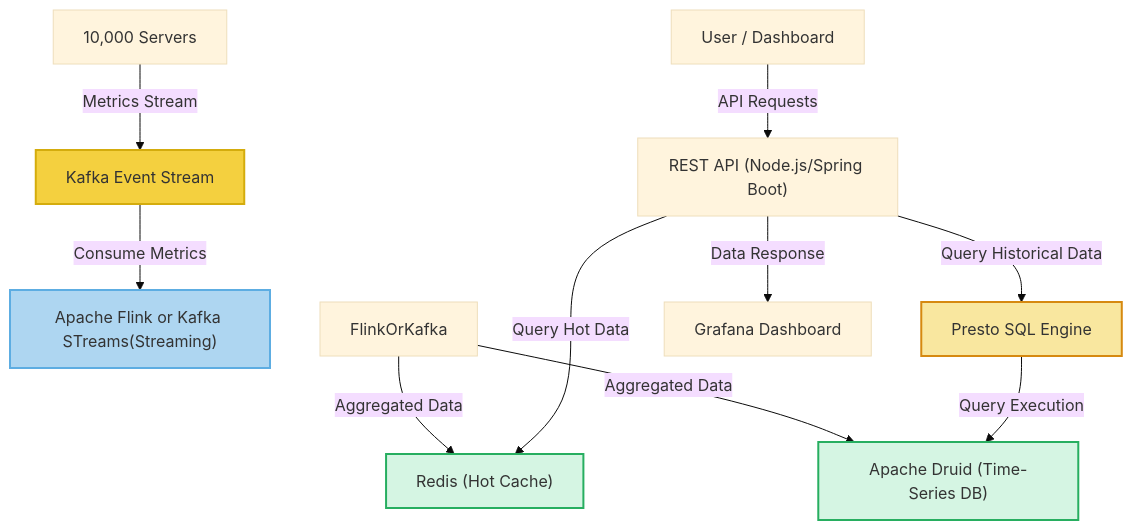
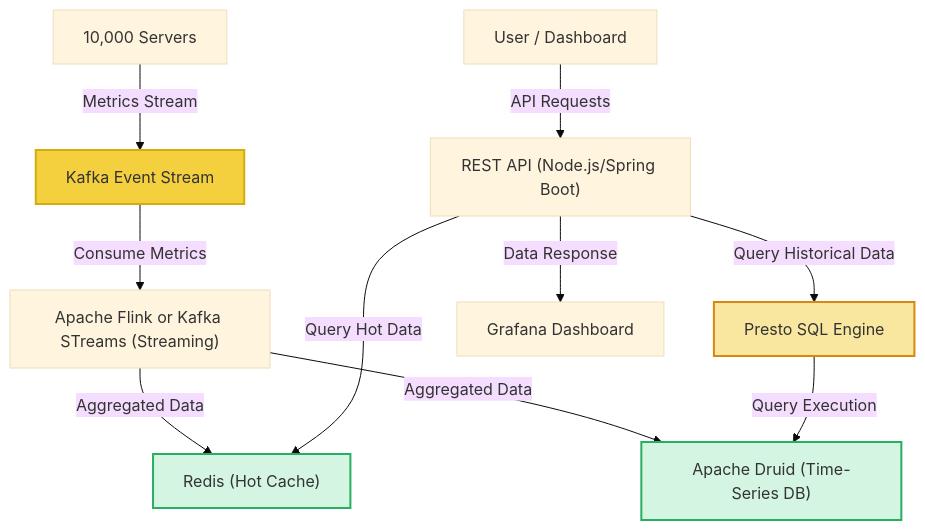
One commit to deveshyadav/algos changed the diagram in system-designs/templates/DatadogDesign.md. Above: the diagram before and after it, drawn with Mermaid (base theme).

````diff
--- a/system-designs/templates/DatadogDesign.md
+++ b/system-designs/templates/DatadogDesign.md
@@ -117,30 +117,30 @@
 ```mermaid
 graph TD;
     %% Ingestion Layer
     Servers["10,000 Servers"] -->|Metrics Stream| Kafka["Kafka Event Stream"]
 
     %% Processing Layer
-    Kafka -->|Consume Metrics| Flink["Apache Flink or Kafka STreams(Streaming)"]
+    Kafka -->|Consume Metrics| FlinkOrKafka["Apache Flink or Kafka STreams (Streaming)"]
     FlinkOrKafka -->|Aggregated Data| Redis["Redis (Hot Cache)"]
     FlinkOrKafka -->|Aggregated Data| Druid["Apache Druid (Time-Series DB)"]
 
     %% Query Layer
     User["User / Dashboard"] -->|API Requests| API["REST API (Node.js/Spring Boot)"]
     API -->|Query Hot Data| Redis
     API -->|Query Historical Data| Presto["Presto SQL Engine"]
     Presto -->|Query Execution| Druid
 
     %% Visualization
     API -->|Data Response| Grafana["Grafana Dashboard"]
 
     %% Legend
     classDef ingestion fill:#f4d03f,stroke:#d4ac0d,stroke-width:2px;
     classDef processing fill:#aed6f1,stroke:#5dade2,stroke-width:2px;
     classDef database fill:#d5f5e3,stroke:#27ae60,stroke-width:2px;
     classDef query fill:#f9e79f,stroke:#d68910,stroke-width:2px;
 
     class Kafka ingestion;
     class Flink processing;
     class Druid,Redis database;
     class Presto query;
 ```
````
